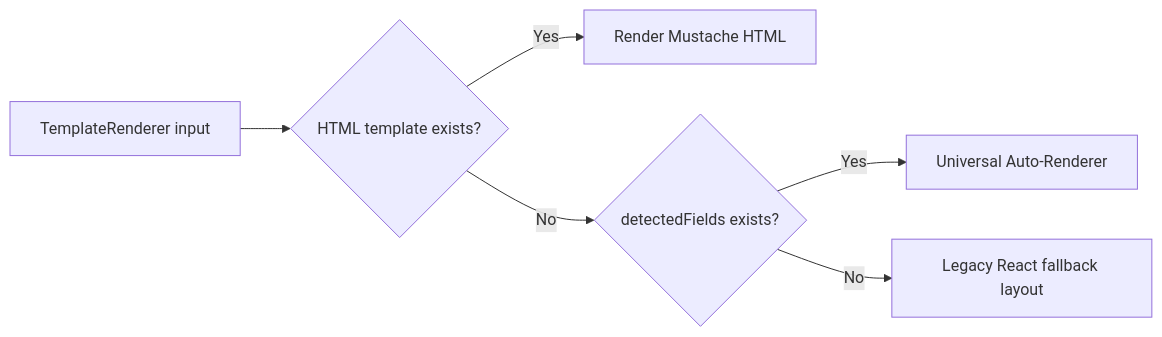
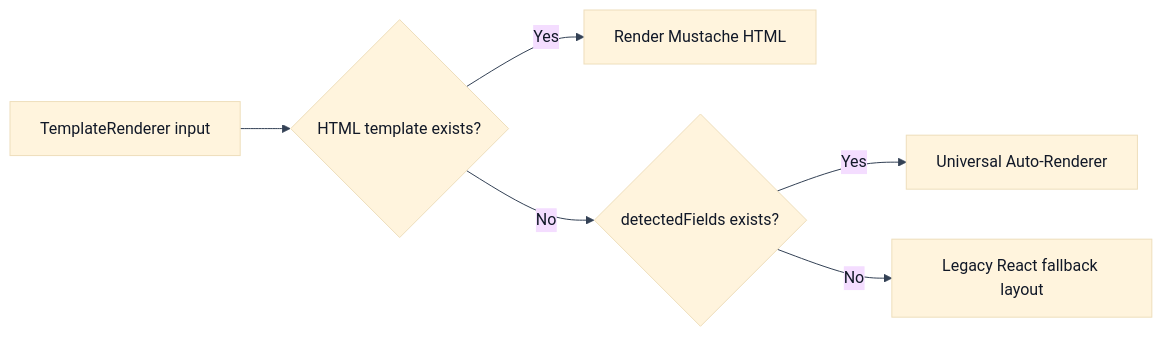
Before and after one commit to Honeyk29/ResumeBuilder: the fifth of 5 diagrams in README.md, drawn with Mermaid. The commit also changed other lines of this file and 2 other files, not shown here.

Commit message:
Improve Mermaid text contrast in README diagrams

````diff
--- a/README.md
+++ b/README.md
@@ -368,8 +372,9 @@
 ```mermaid
+%%{init: {'theme': 'base', 'themeVariables': { 'primaryTextColor': '#111827', 'lineColor': '#334155', 'fontSize': '16px'}}}%%
 flowchart LR
     L1[TemplateRenderer input] --> L2{HTML template exists?}
     L2 -- Yes --> L3[Render Mustache HTML]
     L2 -- No --> L4{detectedFields exists?}
     L4 -- Yes --> L5[Universal Auto-Renderer]
     L4 -- No --> L6[Legacy React fallback layout]
 ```
````
